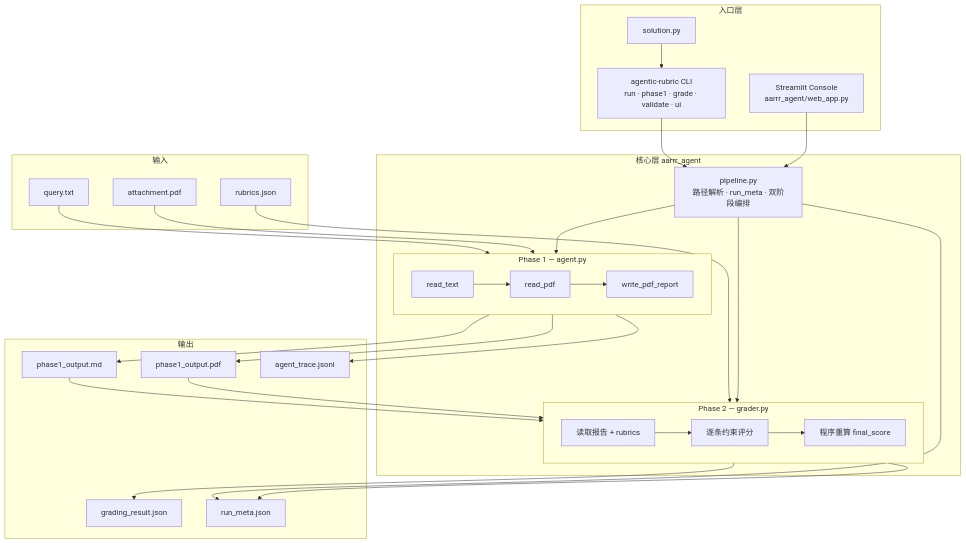
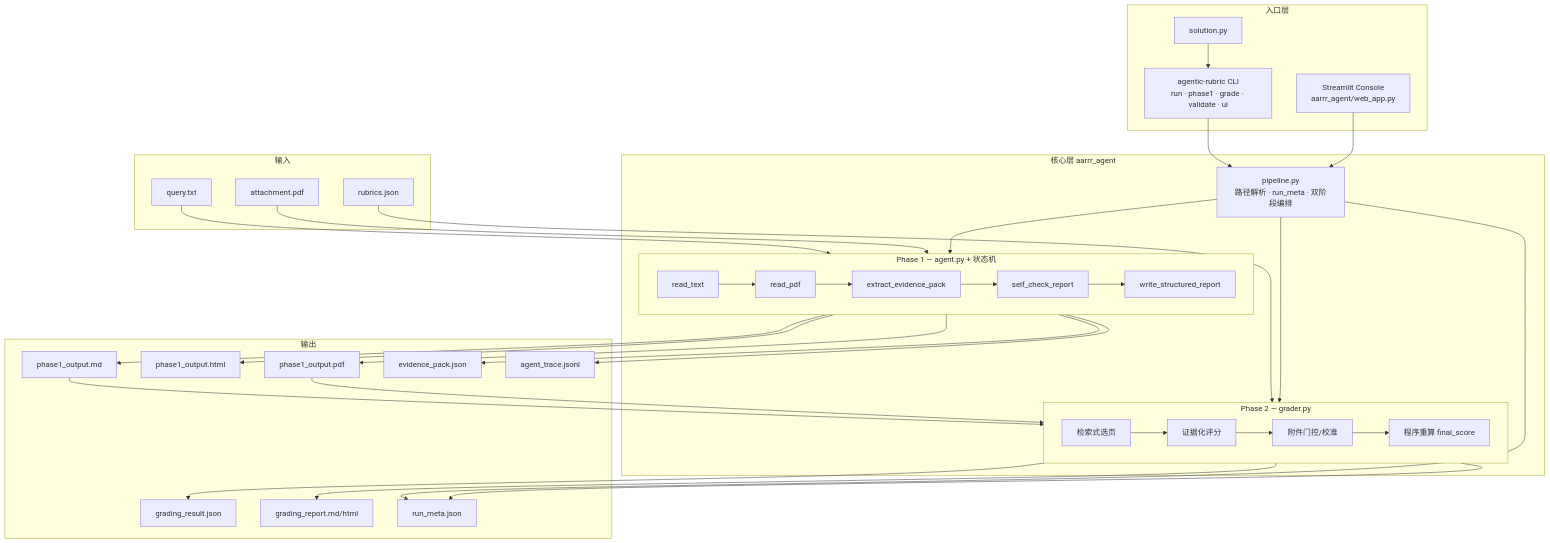
Before and after one commit to bosprimigenious/agentic-rubric-runner: the diagram in README.md, drawn with Mermaid. The commit also changed other lines of this file and 46 other files, not shown here.

First line of the commit message:
feat: add attachment gate and evidence-based grading pipeline

````diff
--- a/README.md
+++ b/README.md
@@ -37,55 +46,63 @@
 ```mermaid
 flowchart TB
     subgraph entry [入口层]
         CLI["agentic-rubric CLI<br/>run · phase1 · grade · validate · ui"]
         WEB["Streamlit Console<br/>aarrr_agent/web_app.py"]
         SOL[solution.py]
     end
 
     subgraph core [核心层 aarrr_agent]
         PL["pipeline.py<br/>路径解析 · run_meta · 双阶段编排"]
 
-        subgraph phase1 [Phase 1 — agent.py]
+        subgraph phase1 [Phase 1 — agent.py + 状态机]
             direction LR
-            T1[read_text] --> T2[read_pdf] --> T3[write_pdf_report]
+            T1[read_text] --> T2[read_pdf] --> T3[extract_evidence_pack]
+            T3 --> T4[self_check_report]
+            T4 --> T5[write_structured_report]
         end
 
         subgraph phase2 [Phase 2 — grader.py]
             direction LR
-            G1[读取报告 + rubrics] --> G2[逐条约束评分] --> G3[程序重算 final_score]
+            G0[检索式选页] --> G1[证据化评分] --> G2[附件门控/校准] --> G3[程序重算 final_score]
         end
 
         PL --> phase1
         PL --> phase2
     end
 
     subgraph inputs [输入]
         Q[query.txt]
         P[attachment.pdf]
         R[rubrics.json]
     end
 
     subgraph outputs [输出]
         MD[phase1_output.md]
+        HTML[phase1_output.html]
         PDF[phase1_output.pdf]
         GR[grading_result.json]
+        GRPT[grading_report.md/html]
+        EV[evidence_pack.json]
         TR[agent_trace.jsonl]
         META[run_meta.json]
     end
 
     CLI --> PL
     WEB --> PL
     SOL --> CLI
 
     Q --> T1
     P --> T2
-    R --> G1
-    T3 --> MD
-    T3 --> PDF
+    T3 --> EV
+    R --> G0
+    T5 --> MD
+    T5 --> HTML
+    T5 --> PDF
     MD --> G1
     PDF --> G1
     G3 --> GR
+    G3 --> GRPT
     phase1 --> TR
     PL --> META
     phase2 --> META
 ```
````
